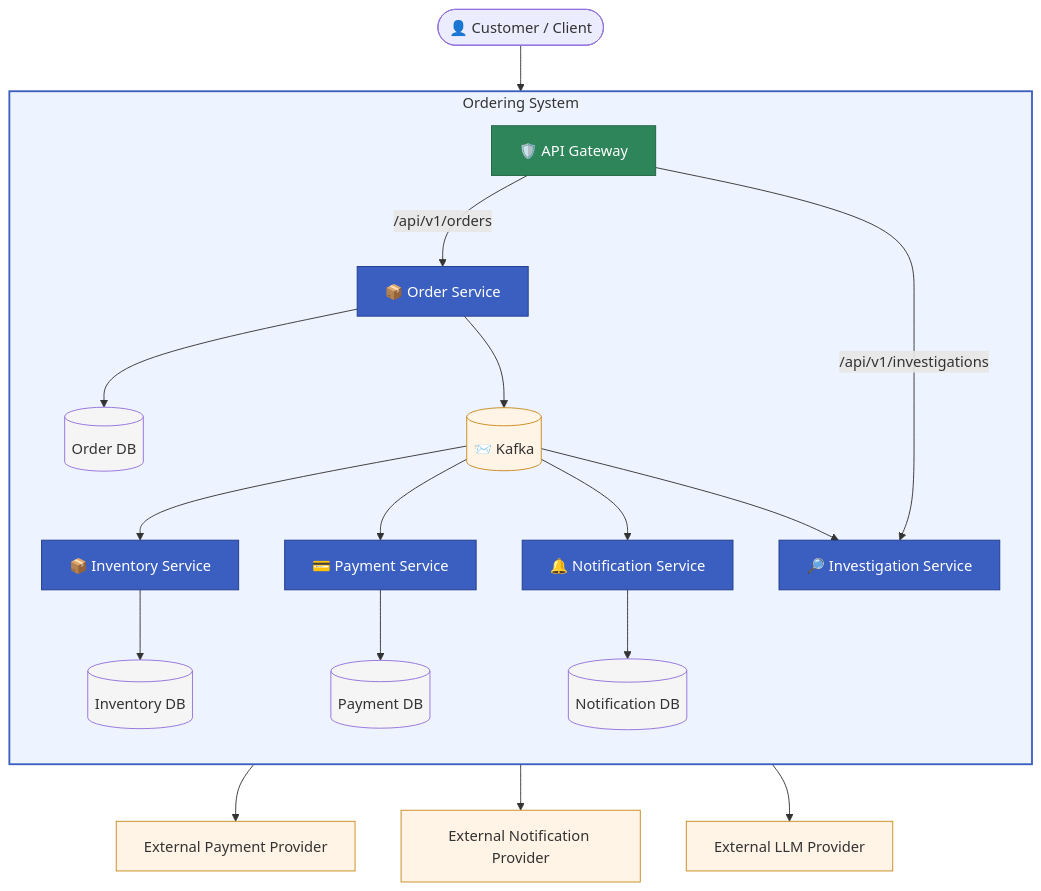
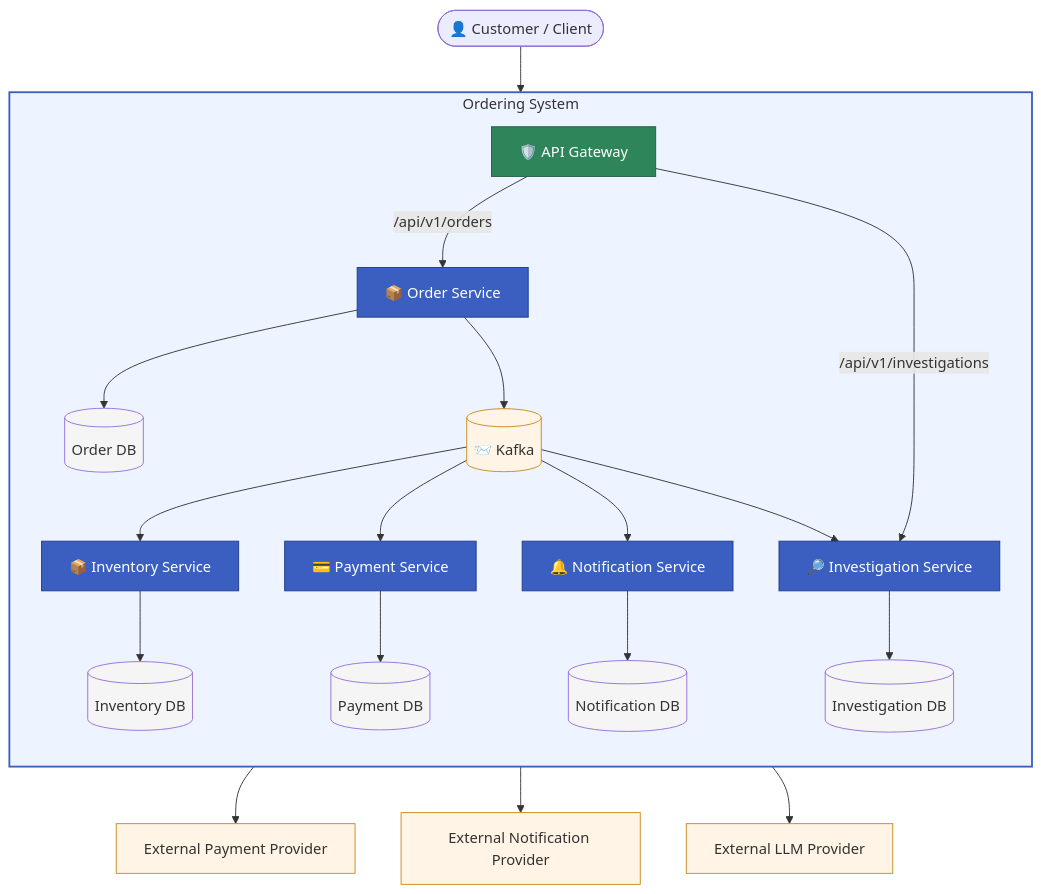
Before and after one commit to jusuftopic/microservices-order-system: the diagram in _docs/handbook/03-architecture-overview.md, drawn with Mermaid. The commit also changed other lines of this file and 5 other files, not shown here.

````diff
--- a/_docs/handbook/03-architecture-overview.md
+++ b/_docs/handbook/03-architecture-overview.md
@@ -31,67 +31,70 @@
 ```mermaid
 flowchart TB
     Client(["👤 Customer / Client"])
 
     subgraph System["Ordering System"]
         direction TB
 
         ApiGateway["🛡️ API Gateway"]
         OrderService["📦 Order Service"]
 
         Kafka[("📨 Kafka")]
 
         InventoryService["📦 Inventory Service"]
         PaymentService["💳 Payment Service"]
         NotificationService["🔔 Notification Service"]
         InvestigationService["🔎 Investigation Service"]
 
         OrderDb[("Order DB")]
         InventoryDb[("Inventory DB")]
         PaymentDb[("Payment DB")]
         NotificationDb[("Notification DB")]
+        InvestigationDb[("Investigation DB")]
 
         ApiGateway -->|"/api/v1/orders"| OrderService
         ApiGateway -->|"/api/v1/investigations"| InvestigationService
 
         OrderService --> OrderDb
         InventoryService --> InventoryDb
         PaymentService --> PaymentDb
         NotificationService --> NotificationDb
+        InvestigationService --> InvestigationDb
 
         OrderService --> Kafka
         Kafka --> InventoryService
         Kafka --> PaymentService
         Kafka --> NotificationService
         Kafka --> InvestigationService
     end
 
     PaymentProvider["External Payment Provider"]
     NotificationProvider["External Notification Provider"]
     LlmProvider["External LLM Provider"]
 
     Client --> ApiGateway
 
     PaymentService --> PaymentProvider
     NotificationService --> NotificationProvider
     InvestigationService --> LlmProvider
 
     style System fill:#eef4ff,stroke:#3b5fc0,stroke-width:2px
 
     style OrderService fill:#3b5fc0,stroke:#1f3a8a,color:#fff
     style InventoryService fill:#3b5fc0,stroke:#1f3a8a,color:#fff
     style PaymentService fill:#3b5fc0,stroke:#1f3a8a,color:#fff
     style NotificationService fill:#3b5fc0,stroke:#1f3a8a,color:#fff
     style InvestigationService fill:#3b5fc0,stroke:#1f3a8a,color:#fff
     style ApiGateway fill:#2f855a,stroke:#1f5f40,color:#fff
 
     style Kafka fill:#fff4e5,stroke:#c98a1c
 
     style OrderDb fill:#f5f5f5
     style InventoryDb fill:#f5f5f5
     style PaymentDb fill:#f5f5f5
     style NotificationDb fill:#f5f5f5
+    style InvestigationDb fill:#f5f5f5
 
     style PaymentProvider fill:#fff4e5,stroke:#c98a1c
     style NotificationProvider fill:#fff4e5,stroke:#c98a1c
     style LlmProvider fill:#fff4e5,stroke:#c98a1c
 ```
````
